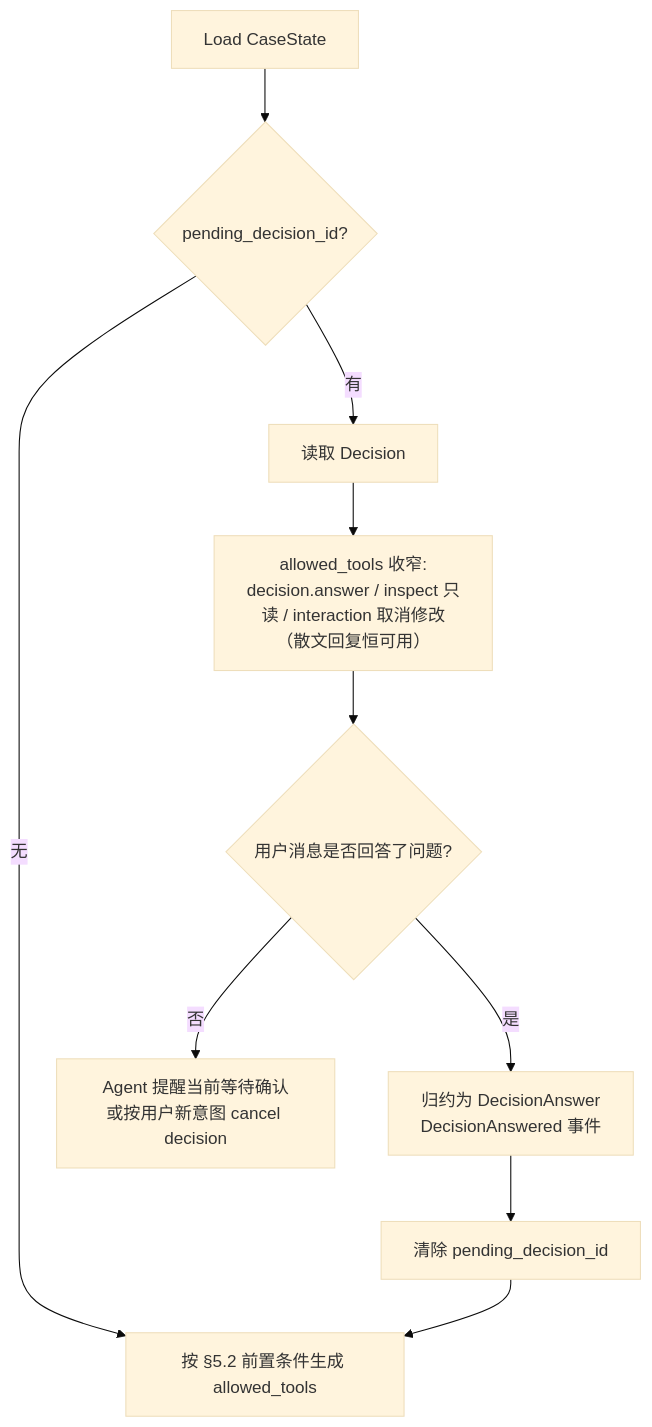
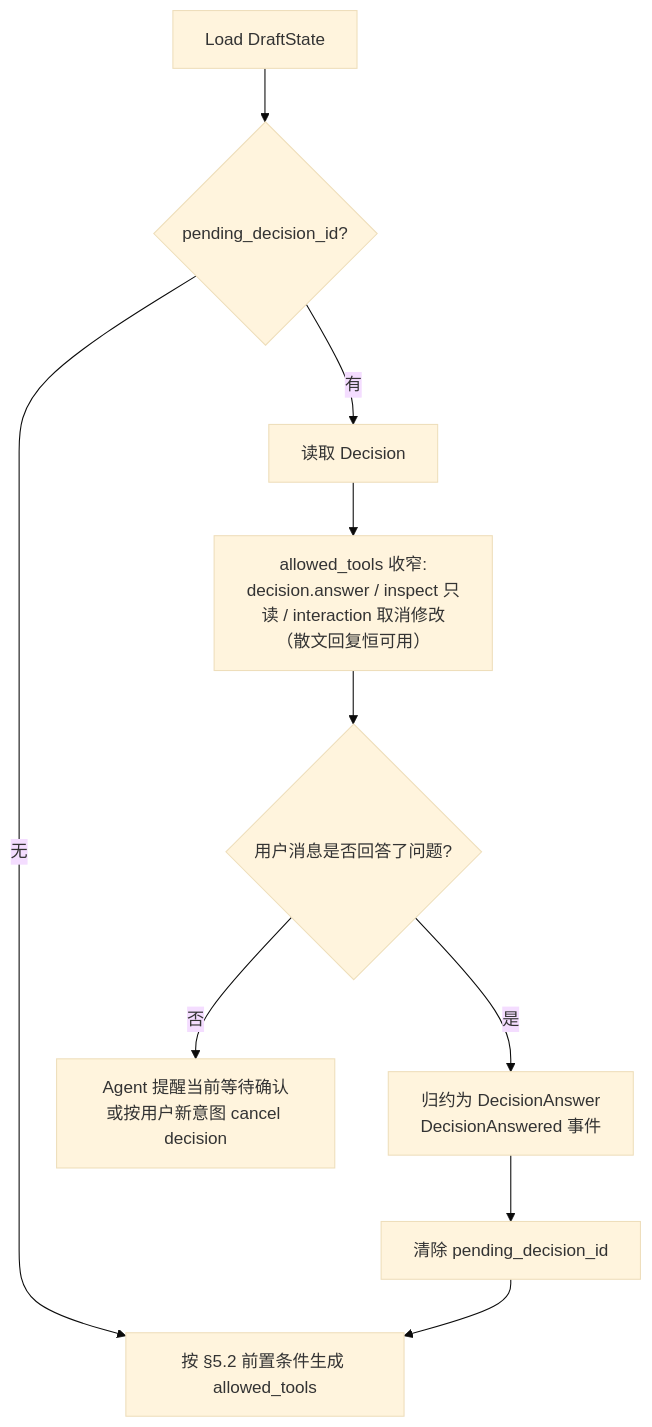
Before and after one commit to nanzhi84/Rushes: diagram 12 of 23 in PRD.md, drawn with Mermaid (base theme). The commit also changed other lines of this file and 185 other files, not shown here.

First line of the commit message:
单级草稿模型：Project/Case 合并为 Draft + API 扁平化 + 素材全局去重 (#45)

````diff
--- a/PRD.md
+++ b/PRD.md
@@ -937,12 +912,12 @@
 ```mermaid
 flowchart TB
-  A["Load CaseState"] --> B{"pending_decision_id?"}
+  A["Load DraftState"] --> B{"pending_decision_id?"}
   B -->|无| C["按 §5.2 前置条件生成 allowed_tools"]
   B -->|有| D["读取 Decision"]
   D --> E["allowed_tools 收窄:<br/>decision.answer / inspect 只读 / interaction 取消修改（散文回复恒可用）"]
   E --> F{"用户消息是否回答了问题?"}
   F -->|是| G["归约为 DecisionAnswer<br/>DecisionAnswered 事件"]
   F -->|否| H["Agent 提醒当前等待确认<br/>或按用户新意图 cancel decision"]
   G --> I["清除 pending_decision_id"]
   I --> C
 ```
````
